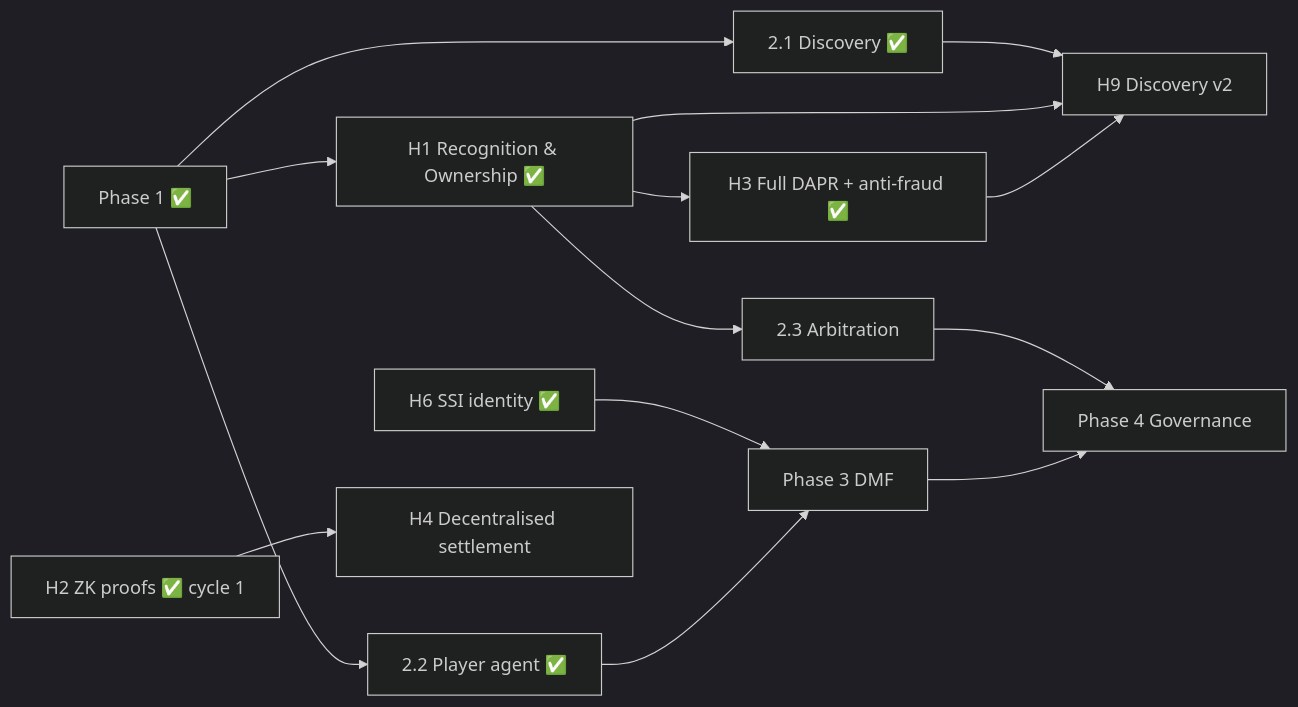
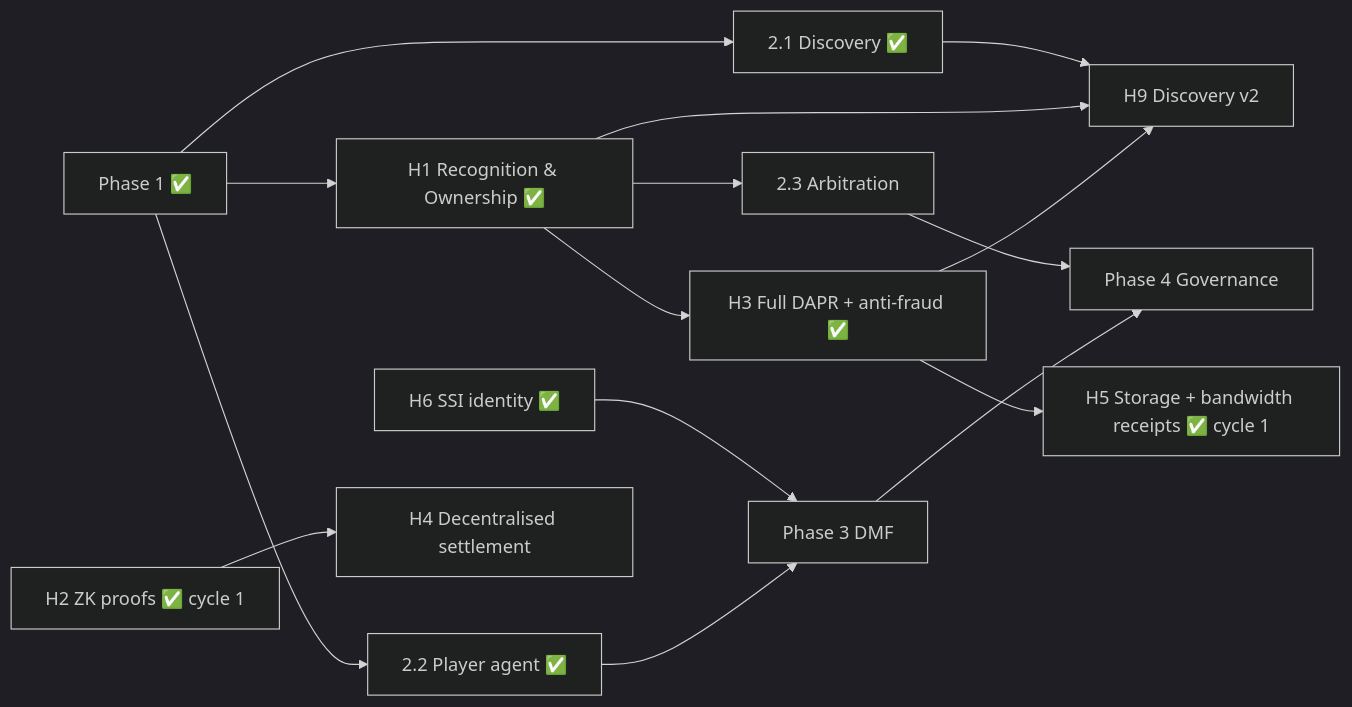
Before and after one commit to perpetualbits/clean-web-economy: the diagram in docs/roadmap.md, drawn with Mermaid (dark theme). The commit also changed other lines of this file and 3 other files, not shown here.

First line of the commit message:
Roadmap + project map: H5 cycle 1 (storage + real bandwidth receipts) complete

````diff
--- a/docs/roadmap.md
+++ b/docs/roadmap.md
@@ -170,16 +201,17 @@
 ```mermaid
 flowchart LR
   P1[Phase 1 ✅] --> P21[2.1 Discovery ✅]
   P1 --> P22[2.2 Player agent ✅]
   P1 --> H1[H1 Recognition & Ownership ✅]
   P21 --> H9[H9 Discovery v2]
   H1 --> H9
   H1 --> H3[H3 Full DAPR + anti-fraud ✅]
   H1 --> P23[2.3 Arbitration ✅]
   H3 --> H9
+  H3 --> H5[H5 Storage + bandwidth receipts ✅ cycle 1]
   H6[H6 SSI identity ✅] --> P3[Phase 3 DMF]
   P22 --> P3
   H2[H2 ZK proofs ✅ cycle 1] --> H4[H4 Decentralised settlement]
   P23[2.3 Arbitration] --> P4[Phase 4 Governance]
   P3 --> P4
 ```
````
